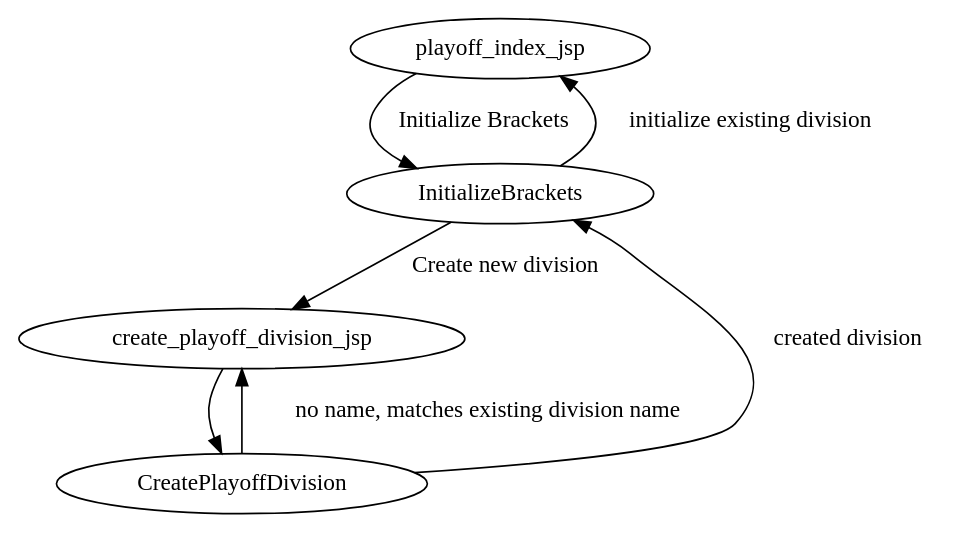
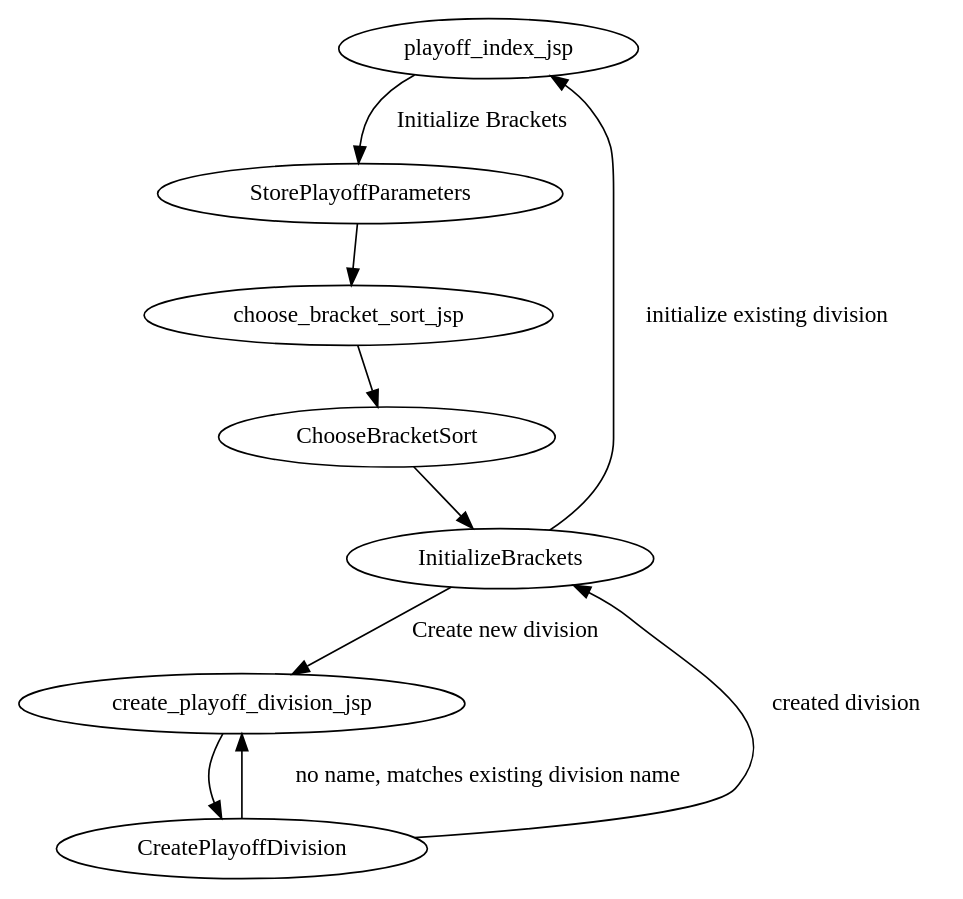
The diagram in scoring/docs/workflows/initialize-playoff-bracket.dot (jpschewe/fll-sw), drawn with Graphviz before and after one commit. The commit also changed 33 other files, not shown here.

First line of the commit message:
Specify bracket sort when initializing the brackets

```diff
--- a/scoring/docs/workflows/initialize-playoff-bracket.dot
+++ b/scoring/docs/workflows/initialize-playoff-bracket.dot
@@ -1,15 +1,21 @@
 digraph initialize_playoff_bracket {
 
-playoff_index_jsp -> InitializeBrackets [label="Initialize Brackets"];
+playoff_index_jsp -> StorePlayoffParameters [label="Initialize Brackets"];
+
+StorePlayoffParameters -> choose_bracket_sort_jsp;
+
+choose_bracket_sort_jsp -> ChooseBracketSort;
+
+ChooseBracketSort -> InitializeBrackets;
 
 InitializeBrackets -> playoff_index_jsp [label="initialize existing division"];
 
 InitializeBrackets -> create_playoff_division_jsp [label="Create new division"];
 
 create_playoff_division_jsp -> CreatePlayoffDivision;
 
 CreatePlayoffDivision -> create_playoff_division_jsp [label="no name, matches existing division name"];
 
 CreatePlayoffDivision -> InitializeBrackets [label="created division"];
 
 }
```
